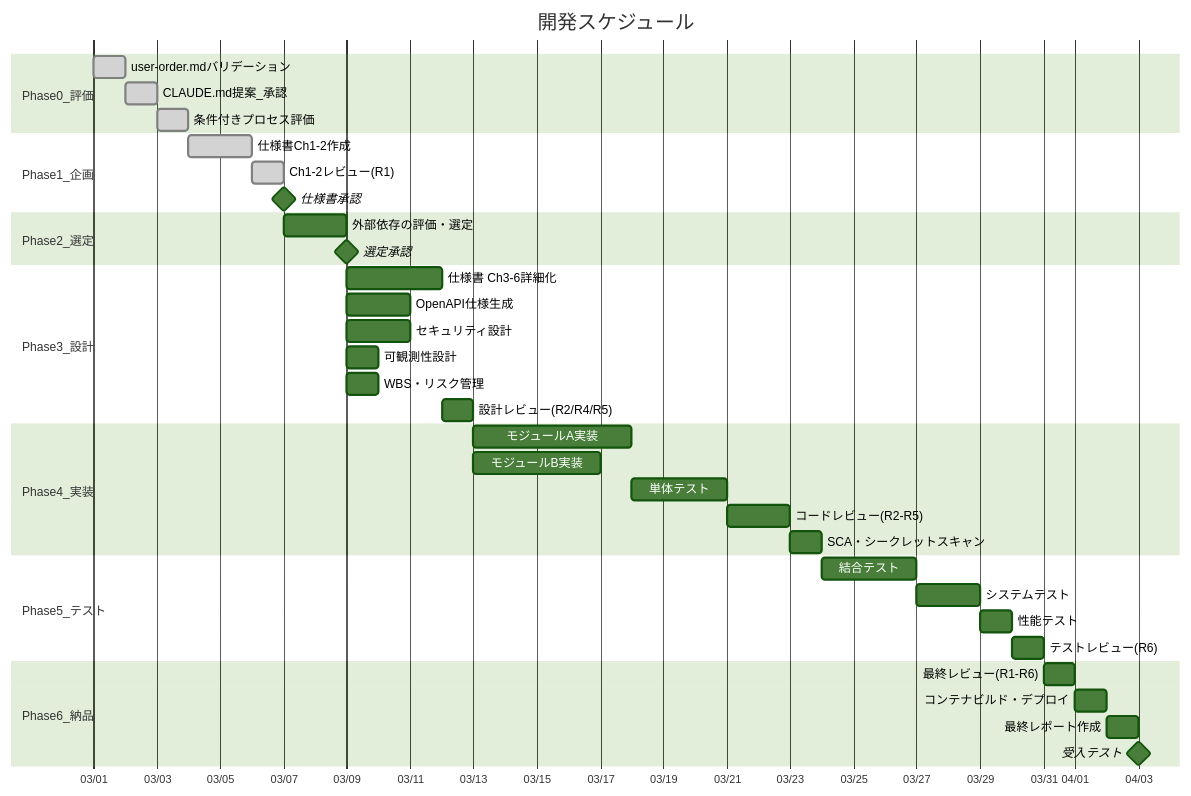
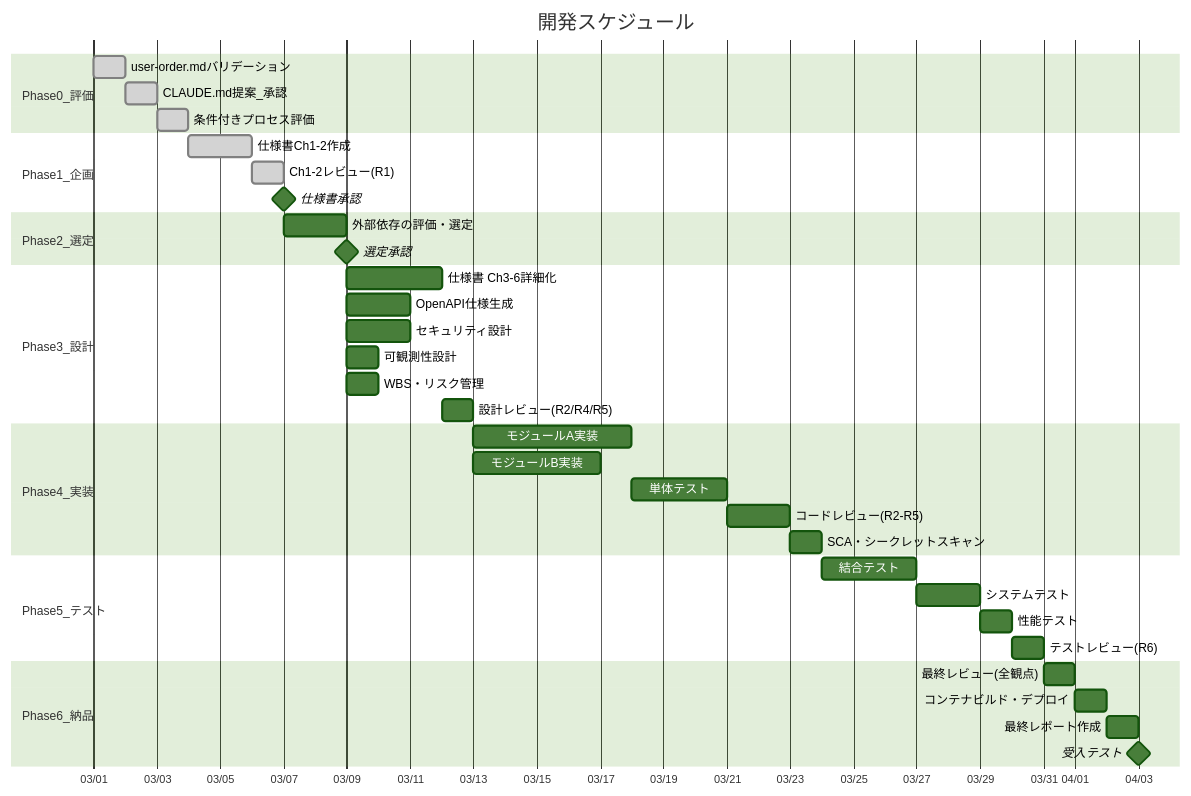
Before and after one commit to GoodRelax/gr-sw-maker: the fifth of 12 diagrams in process-rules/full-auto-dev-process-rules-ja.md, drawn with Mermaid (forest theme). The commit also changed other lines of this file and 23 other files, not shown here.

````diff
--- a/process-rules/full-auto-dev-process-rules-ja.md
+++ b/process-rules/full-auto-dev-process-rules-ja.md
@@ -916,47 +916,47 @@
 ```mermaid
 gantt
     title 開発スケジュール
     dateFormat  YYYY-MM-DD
     axisFormat  %m/%d
 
     section Phase0_評価
     user-order.mdバリデーション     : done, p0a, 2026-03-01, 1d
     CLAUDE.md提案_承認             : done, p0a2, after p0a, 1d
     条件付きプロセス評価           : done, p0b, after p0a2, 1d
 
     section Phase1_企画
     仕様書Ch1-2作成                 : done, p1b, after p0b, 2d
     Ch1-2レビュー(R1)              : done, p1c, after p1b, 1d
     仕様書承認                    : milestone, p1d, after p1c, 0d
 
     section Phase2_選定
     外部依存の評価・選定           : p2s, after p1d, 2d
     選定承認                      : milestone, p2m, after p2s, 0d
 
     section Phase3_設計
     仕様書 Ch3-6詳細化              : p3a, after p2m, 3d
     OpenAPI仕様生成               : p3e, after p2m, 2d
     セキュリティ設計               : p3b, after p2m, 2d
     可観測性設計                   : p3f, after p2m, 1d
     WBS・リスク管理               : p3c, after p2m, 1d
     設計レビュー(R2/R4/R5)        : p3d, after p3a, 1d
 
     section Phase4_実装
     モジュールA実装               : p4a, after p3d, 5d
     モジュールB実装               : p4b, after p3d, 4d
     単体テスト                    : p4c, after p4a, 3d
     コードレビュー(R2-R5)        : p4d, after p4c, 2d
     SCA・シークレットスキャン      : p4e, after p4d, 1d
 
     section Phase5_テスト
     結合テスト                    : p5a, after p4e, 3d
     システムテスト                 : p5b, after p5a, 2d
     性能テスト                    : p5g, after p5b, 1d
     テストレビュー(R6)             : p5c, after p5g, 1d
 
     section Phase6_納品
-    最終レビュー(R1-R6)            : p6a, after p5c, 1d
+    最終レビュー(全観点)            : p6a, after p5c, 1d
     コンテナビルド・デプロイ        : p6b, after p6a, 1d
     最終レポート作成               : p6c, after p6b, 1d
     受入テスト                    : milestone, p6d, after p6c, 0d
 ```
````
